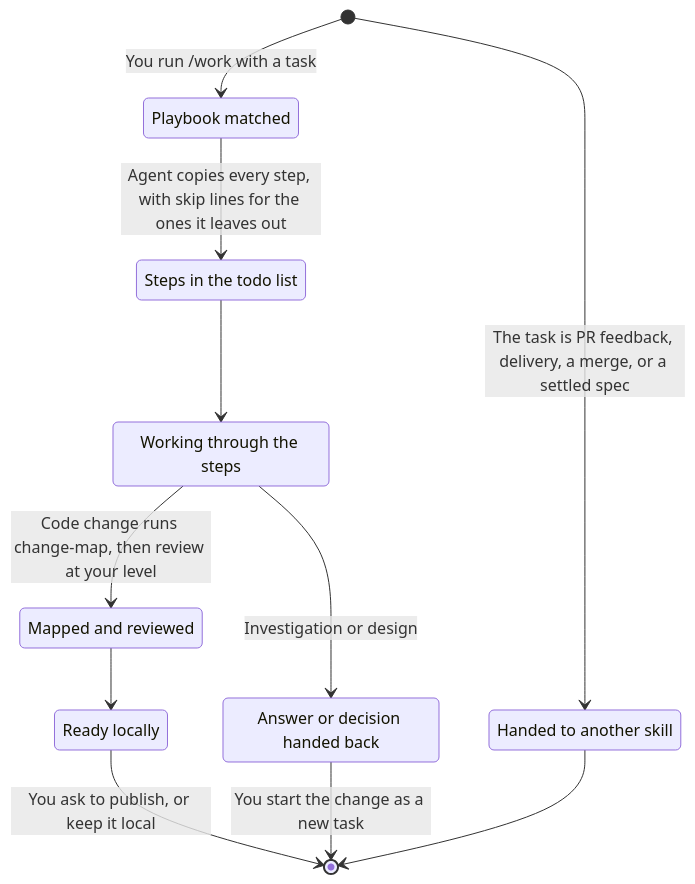
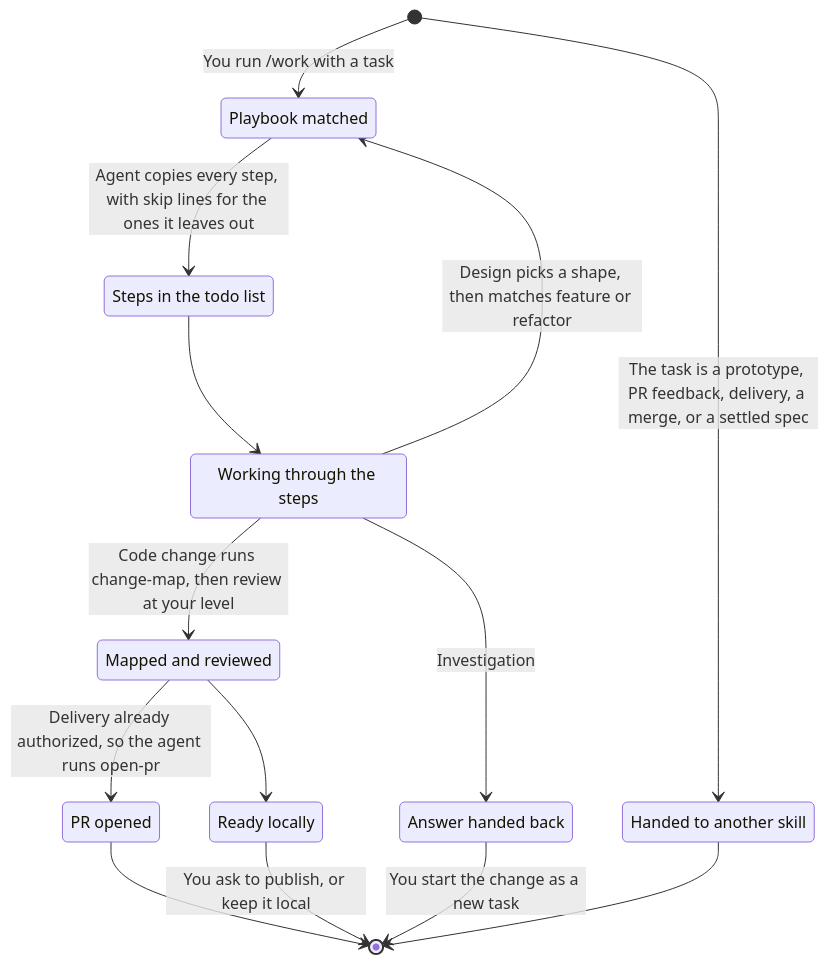
The first of 4 diagrams in docs/workflow.md (jvillegasd/harness), drawn with Mermaid before and after one commit. The commit also changed other lines of this file and 1 other file, not shown here.

Commit message:
docs(workflow): design builds after deciding, delivery path, retry rule; tighten credits

````diff
--- a/docs/workflow.md
+++ b/docs/workflow.md
@@ -36,21 +36,25 @@
 ```mermaid
 stateDiagram-v2
     state "Playbook matched" as Matched
     state "Steps in the todo list" as Steps
     state "Working through the steps" as Working
     state "Mapped and reviewed" as Reviewed
-    state "Answer or decision handed back" as Answered
+    state "Answer handed back" as Answered
+    state "PR opened" as Opened
     state "Ready locally" as Ready
     state "Handed to another skill" as Routed
 
     [*] --> Matched: You run /work with a task
-    [*] --> Routed: The task is PR feedback, delivery, a merge, or a settled spec
+    [*] --> Routed: The task is a prototype, PR feedback, delivery, a merge, or a settled spec
     Matched --> Steps: Agent copies every step, with skip lines for the ones it leaves out
     Steps --> Working
     Working --> Reviewed: Code change runs change-map, then review at your level
-    Working --> Answered: Investigation or design
+    Working --> Answered: Investigation
+    Working --> Matched: Design picks a shape, then matches feature or refactor
     Reviewed --> Ready
+    Reviewed --> Opened: Delivery already authorized, so the agent runs open-pr
+    Opened --> [*]
     Ready --> [*]: You ask to publish, or keep it local
     Answered --> [*]: You start the change as a new task
     Routed --> [*]
 ```
````
